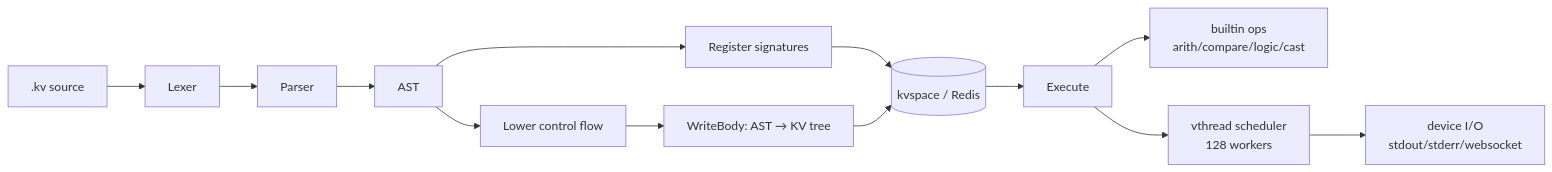
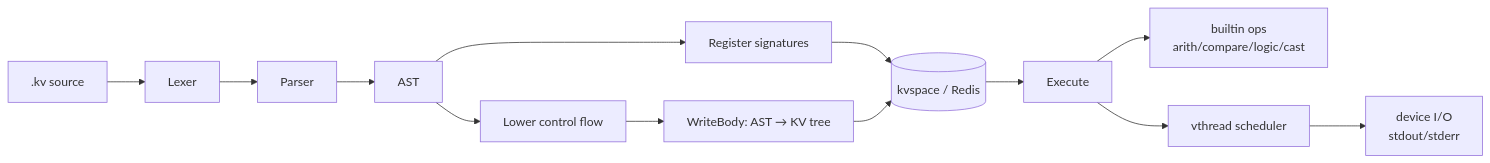
One commit to array2d/kvlang changed the diagram in README.md. Above: the diagram before and after it, drawn with Mermaid. The commit also changed other lines of this file and 47 other files, not shown here.

````diff
--- a/README.md
+++ b/README.md
@@ -55,13 +353,13 @@
 ```mermaid
 flowchart LR
     SRC[".kv source"] --> LEX[Lexer] --> PAR[Parser] --> AST
     AST --> REG["Register signatures"]
     AST --> LOWER
     LOWER["Lower control flow"] --> BODY["WriteBody: AST → KV tree"]
     REG --> KVSPACE[("kvspace / Redis")]
     BODY --> KVSPACE
     KVSPACE --> EXEC[Execute]
     EXEC --> BUILTIN["builtin ops\narith/compare/logic/cast"]
-    EXEC --> VTHREAD["vthread scheduler\n128 workers"]
-    VTHREAD --> IO["device I/O\nstdout/stderr/websocket"]
+    EXEC --> VTHREAD["vthread scheduler"]
+    VTHREAD --> IO["device I/O\nstdout/stderr"]
 ```
````
